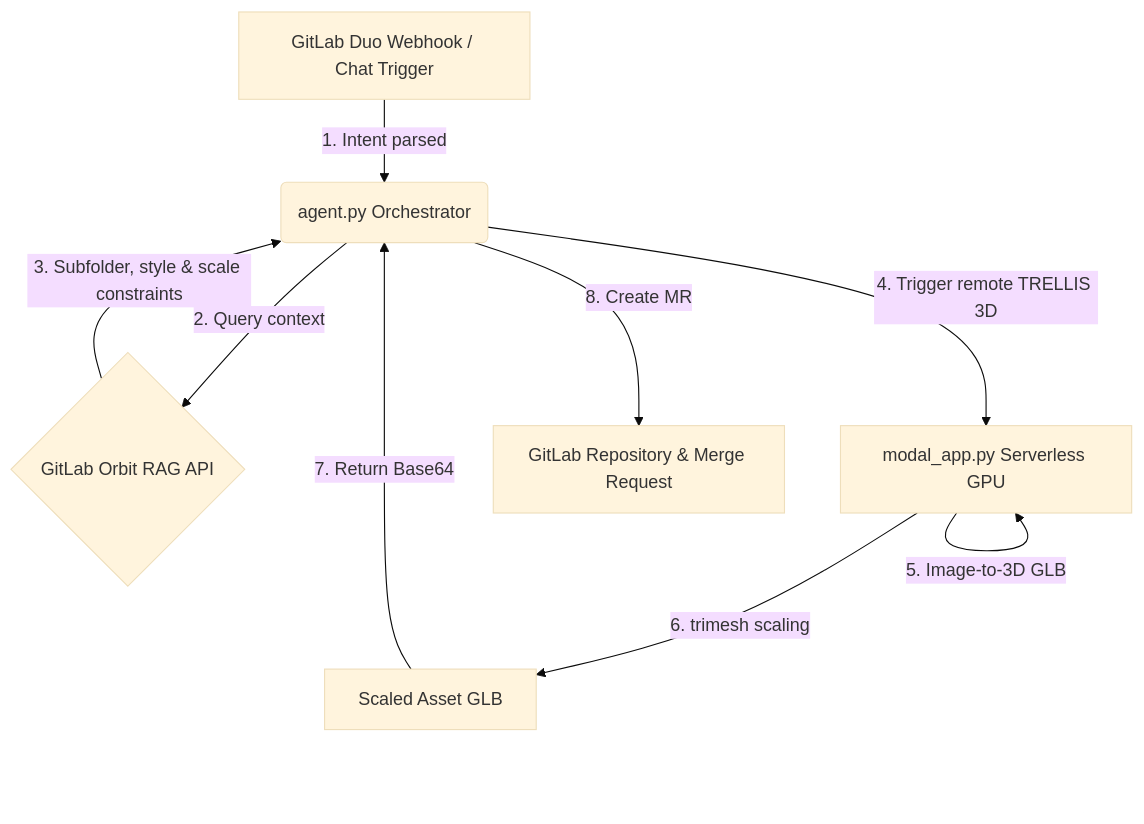
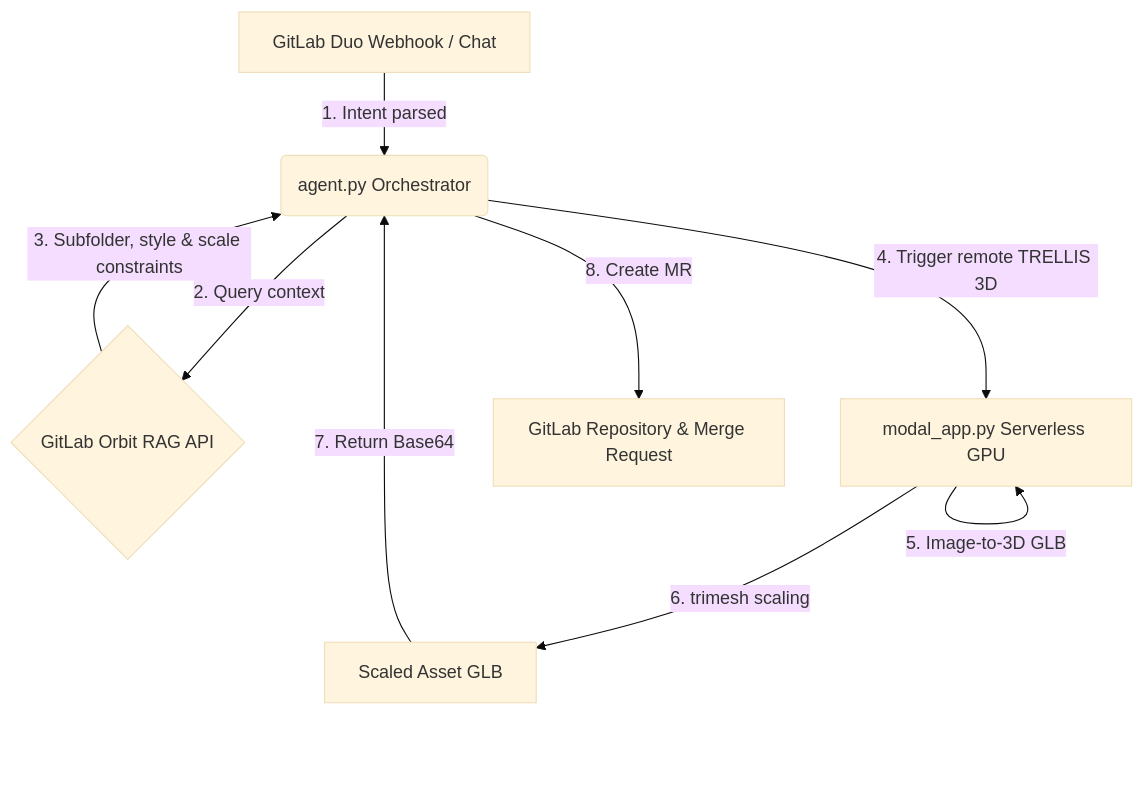
One commit to yuhtuna/gitmesh-Orbit changed the diagram in README.md. Above: the diagram before and after it, drawn with Mermaid (base theme). The commit also changed other lines of this file, not shown here.

````diff
--- a/README.md
+++ b/README.md
@@ -22,11 +22,11 @@
 ```mermaid
 graph TD
-    A[GitLab Duo Webhook / Chat Trigger] -->|1. Intent parsed| B(agent.py Orchestrator)
+    A[GitLab Duo Webhook / Chat] -->|1. Intent parsed| B(agent.py Orchestrator)
     B -->|2. Query context| C{GitLab Orbit RAG API}
     C -->|3. Subfolder, style & scale constraints| B
     B -->|4. Trigger remote TRELLIS 3D| D[modal_app.py Serverless GPU]
     D -->|5. Image-to-3D GLB| D
     D -->|6. trimesh scaling| E[Scaled Asset GLB]
     E -->|7. Return Base64| B
     B -->|8. Create MR| F[GitLab Repository & Merge Request]
 ```
````
